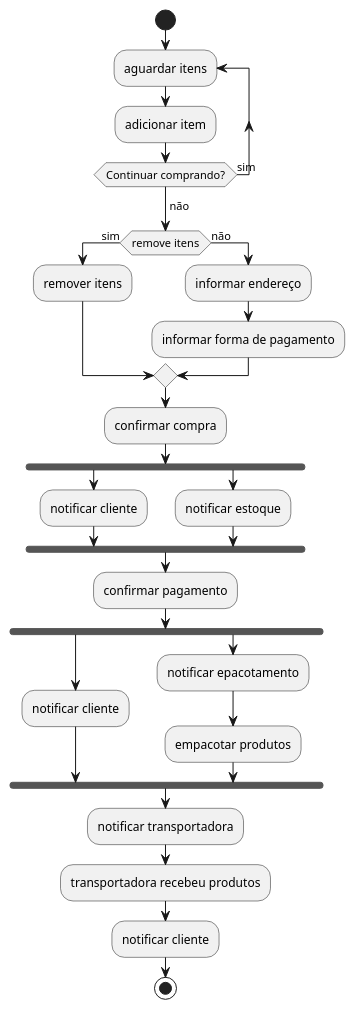
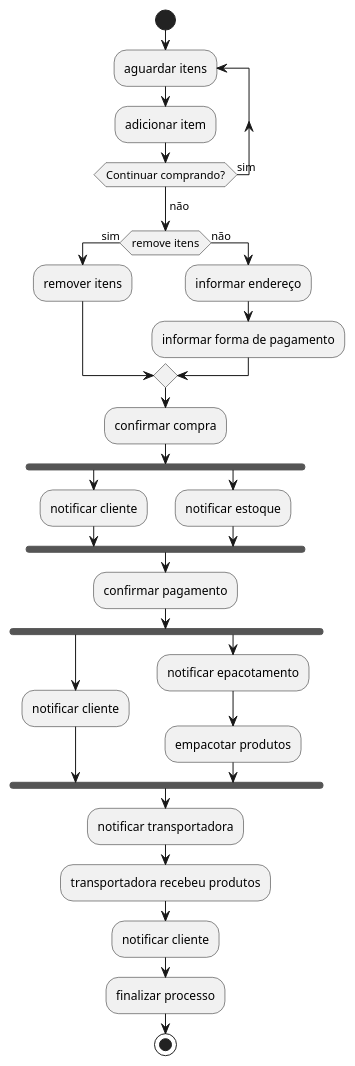
One commit to FerdinandChagas/uml_examples changed the diagram in ecommerce/diagrama_atividades.iuml. Above: the diagram before and after it, drawn with PlantUML.

Commit message:
diagrama de atividades atualizado

```diff
--- a/ecommerce/diagrama_atividades.iuml
+++ b/ecommerce/diagrama_atividades.iuml
@@ -1,31 +1,32 @@
 @startuml "Realizar Compras"
 
 start
     repeat :aguardar itens;
         :adicionar item;
     repeat while (Continuar comprando?) is (sim)
     -> não;
     if (remove itens) then (sim)
         :remover itens;
     else (não)
         :informar endereço;
         :informar forma de pagamento;
     endif
     :confirmar compra;
     fork
         :notificar cliente;
     fork again
         :notificar estoque;
     endfork
     :confirmar pagamento;
     fork 
         :notificar cliente;
     fork again
         :notificar epacotamento;
         :empacotar produtos;
     endfork
     :notificar transportadora;
     :transportadora recebeu produtos;
     :notificar cliente;
+    :finalizar processo;
 stop
 @enduml
```
